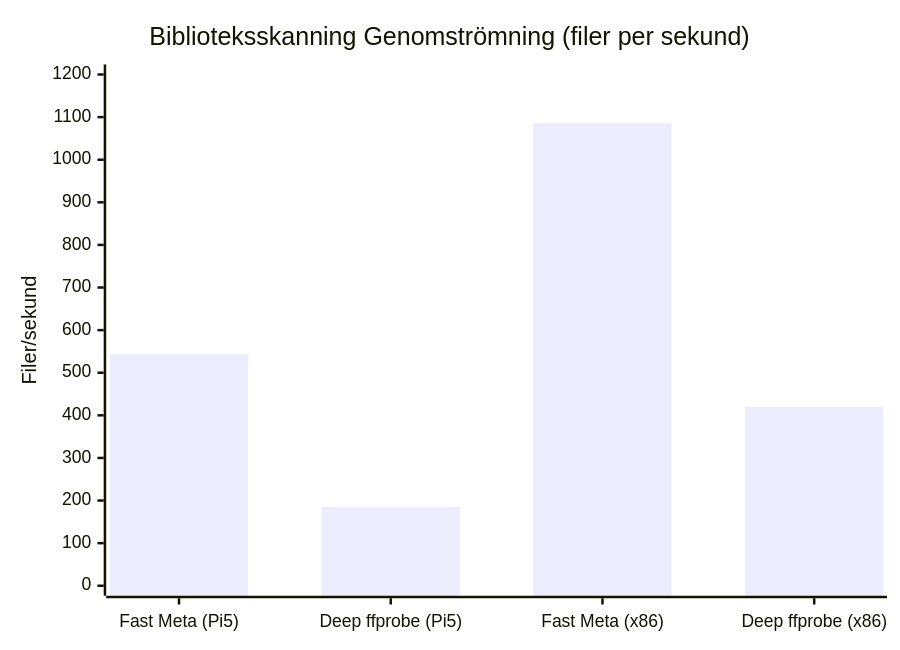
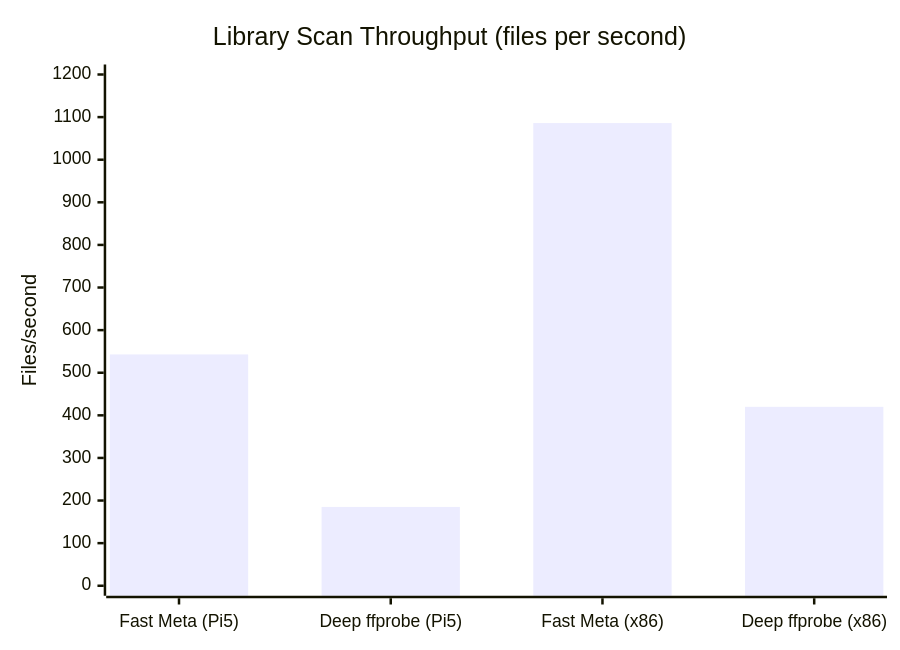
One commit to msorenss/mbl changed the diagram in docs/benchmarks.md. Above: the diagram before and after it, drawn with Mermaid. The commit also changed other lines of this file and 2 other files, not shown here.

````diff
--- a/docs/benchmarks.md
+++ b/docs/benchmarks.md
@@ -30,7 +30,7 @@
 ```mermaid
 xychart-beta
-    title "Biblioteksskanning Genomströmning (filer per sekund)"
+    title "Library Scan Throughput (files per second)"
     x-axis ["Fast Meta (Pi5)", "Deep ffprobe (Pi5)", "Fast Meta (x86)", "Deep ffprobe (x86)"]
-    y-axis "Filer/sekund" 0 --> 1200
+    y-axis "Files/second" 0 --> 1200
     bar [543, 185, 1086, 420]
 ```
````
